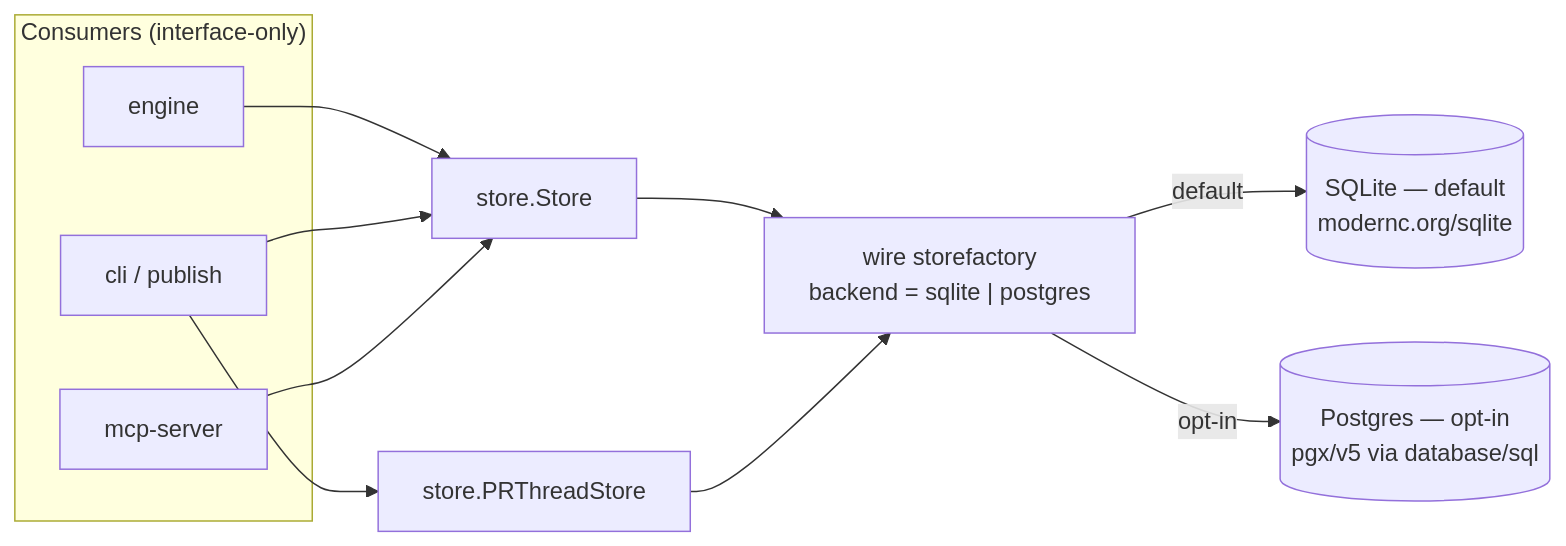
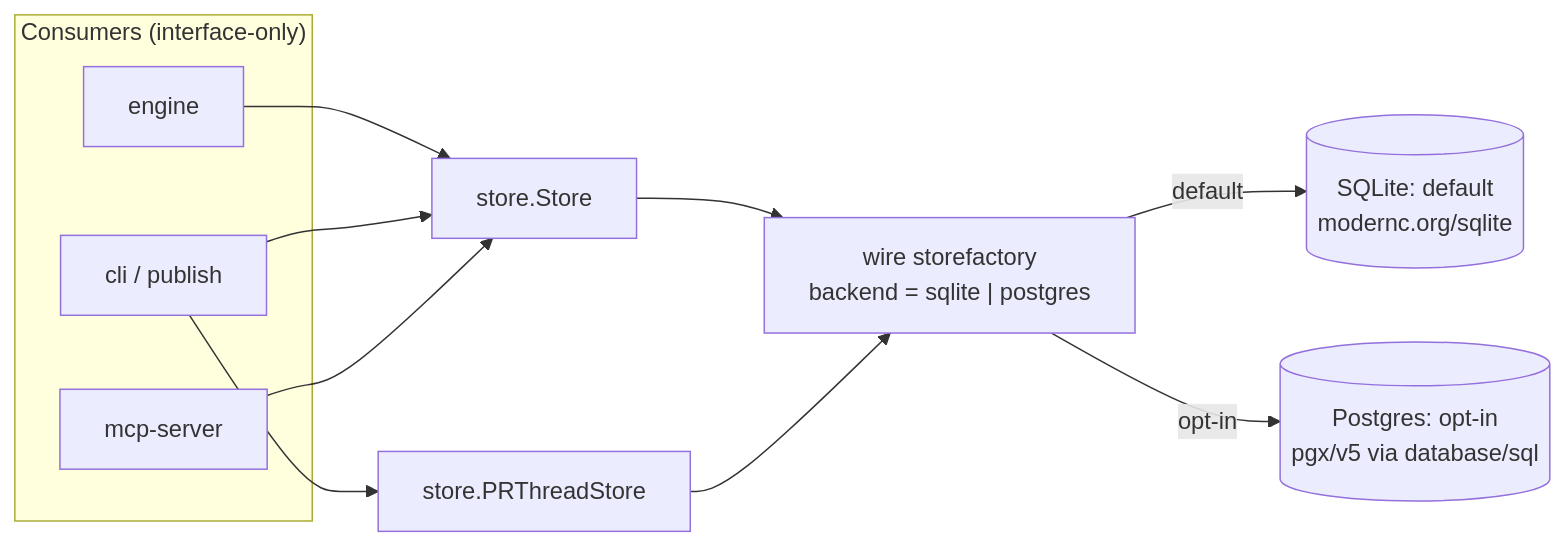
The fourth of 10 diagrams in docs/content/architecture.md (vanducng/miu-cr), drawn with Mermaid before and after one commit. The commit also changed other lines of this file and 40 other files, not shown here.

````diff
--- a/docs/content/architecture.md
+++ b/docs/content/architecture.md
@@ -144,22 +144,22 @@
 ```mermaid
 graph LR
     subgraph consumers["Consumers (interface-only)"]
         Eng["engine"]
         CLIp["cli / publish"]
         MCPp["mcp-server"]
     end
     S1["store.Store"]
     S2["store.PRThreadStore"]
     Factory["wire storefactory<br/>backend = sqlite | postgres"]
-    SQLite[("SQLite — default<br/>modernc.org/sqlite")]
-    PG[("Postgres — opt-in<br/>pgx/v5 via database/sql")]
+    SQLite[("SQLite: default<br/>modernc.org/sqlite")]
+    PG[("Postgres: opt-in<br/>pgx/v5 via database/sql")]
 
     Eng --> S1
     CLIp --> S1
     CLIp --> S2
     MCPp --> S1
     S1 --> Factory
     S2 --> Factory
     Factory -->|"default"| SQLite
     Factory -->|"opt-in"| PG
 ```
````
